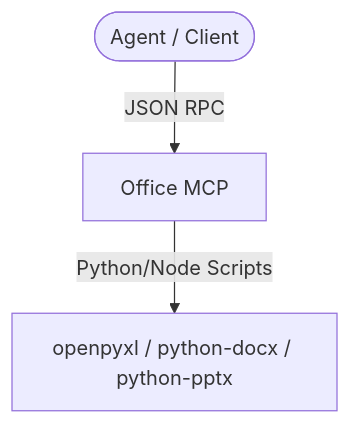
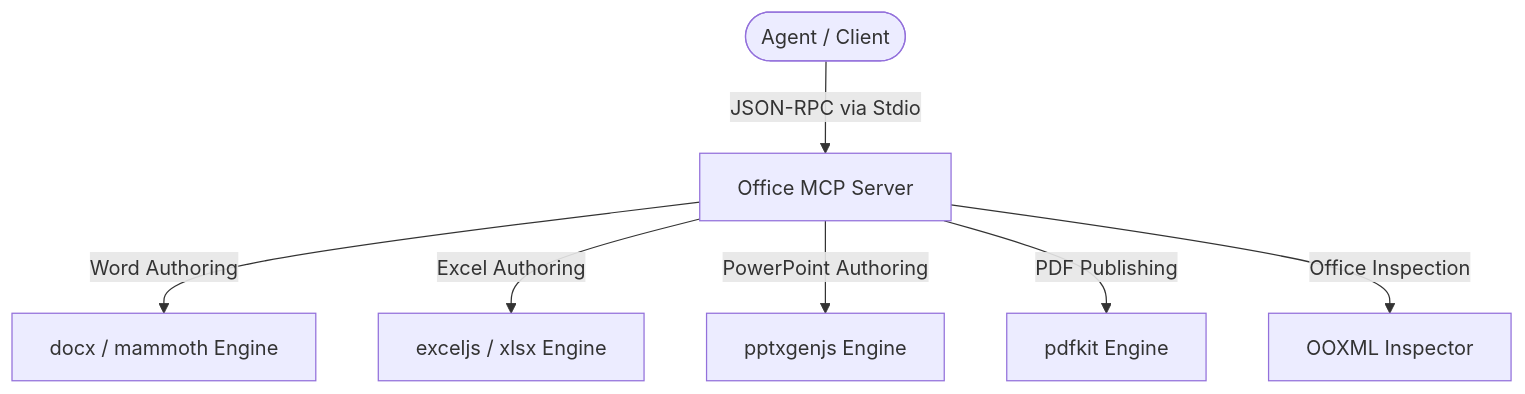
The diagram in mcp-blueprints/office-mcp/BLUEPRINT.md (rauseoj89/Agy-MCP), drawn with Mermaid before and after one commit. The commit also changed other lines of this file and 15 other files, not shown here.

````diff
--- a/mcp-blueprints/office-mcp/BLUEPRINT.md
+++ b/mcp-blueprints/office-mcp/BLUEPRINT.md
@@ -9,5 +7,9 @@
 ```mermaid
 graph TD
-    Agent([Agent / Client]) -->|JSON RPC| MCP[Office MCP]
-    MCP -->|Python/Node Scripts| Libs[openpyxl / python-docx / python-pptx]
+    Agent([Agent / Client]) -->|JSON-RPC via Stdio| MCP[Office MCP Server]
+    MCP -->|Word Authoring| WordEng[docx / mammoth Engine]
+    MCP -->|Excel Authoring| ExcelEng[exceljs / xlsx Engine]
+    MCP -->|PowerPoint Authoring| PPTEng[pptxgenjs Engine]
+    MCP -->|PDF Publishing| PDFEng[pdfkit Engine]
+    MCP -->|Office Inspection| ReaderEng[OOXML Inspector]
 ```
````
